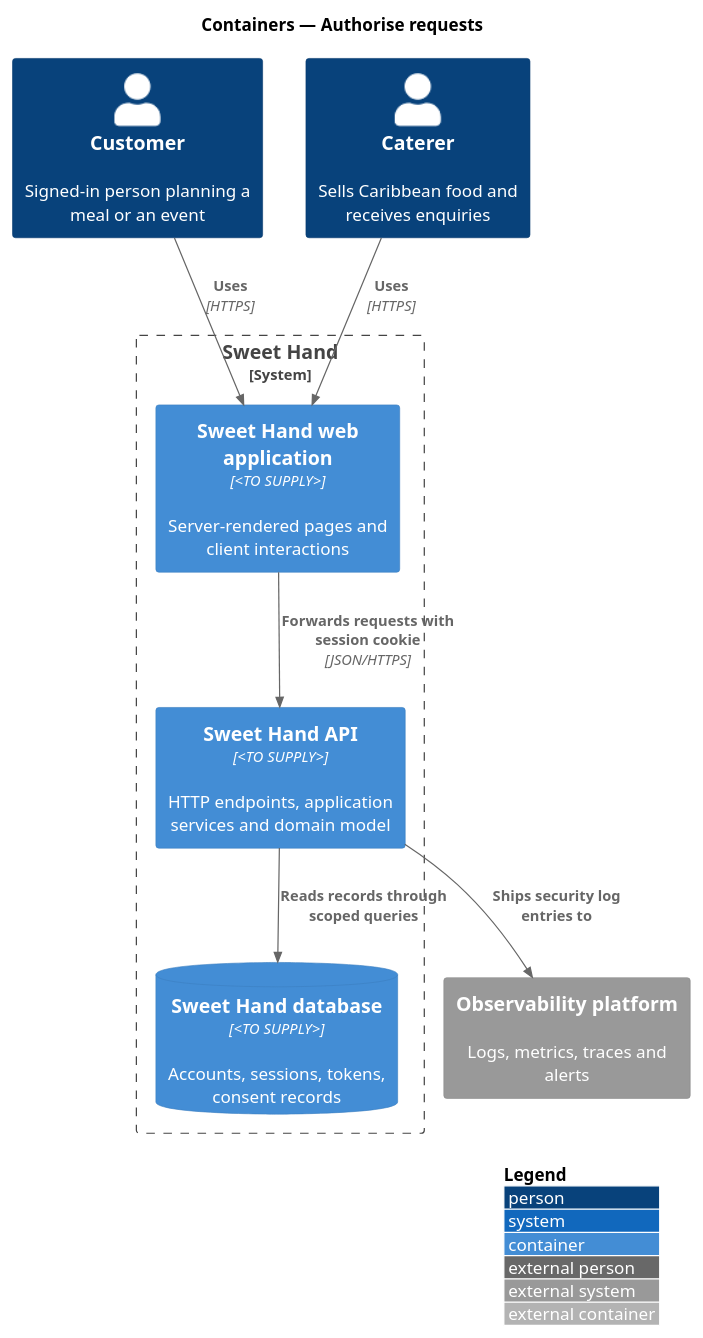
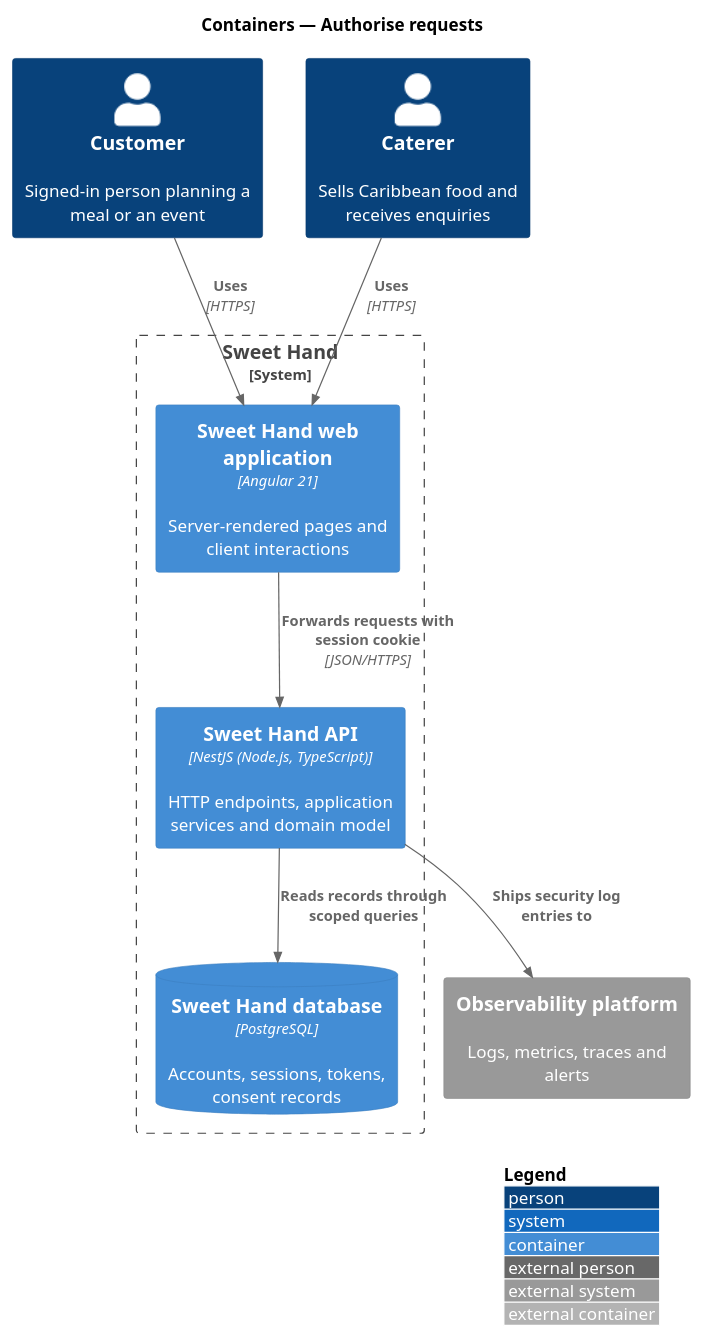
The diagram in docs/detailed-designs/identity-and-security/authorise-requests/diagrams/c4-container.puml (QuinntyneBrown/sweet-hand), drawn with PlantUML before and after one commit. The commit also changed 39 other files, not shown here.

```diff
--- a/docs/detailed-designs/identity-and-security/authorise-requests/diagrams/c4-container.puml
+++ b/docs/detailed-designs/identity-and-security/authorise-requests/diagrams/c4-container.puml
@@ -1,20 +1,20 @@
 @startuml
 !include <C4/C4_Container>
 LAYOUT_WITH_LEGEND()
 title Containers — Authorise requests
 
 Person(customer, "Customer", "Signed-in person planning a meal or an event")
 Person(caterer, "Caterer", "Sells Caribbean food and receives enquiries")
 System_Boundary(sweethand, "Sweet Hand") {
-  Container(web, "Sweet Hand web application", "<TO SUPPLY>", "Server-rendered pages and client interactions")
-  Container(api, "Sweet Hand API", "<TO SUPPLY>", "HTTP endpoints, application services and domain model")
-  ContainerDb(db, "Sweet Hand database", "<TO SUPPLY>", "Accounts, sessions, tokens, consent records")
+  Container(web, "Sweet Hand web application", "Angular 21", "Server-rendered pages and client interactions")
+  Container(api, "Sweet Hand API", "NestJS (Node.js, TypeScript)", "HTTP endpoints, application services and domain model")
+  ContainerDb(db, "Sweet Hand database", "PostgreSQL", "Accounts, sessions, tokens, consent records")
 }
 System_Ext(obs, "Observability platform", "Logs, metrics, traces and alerts")
 
 Rel(customer, web, "Uses", "HTTPS")
 Rel(caterer, web, "Uses", "HTTPS")
 Rel(web, api, "Forwards requests with session cookie", "JSON/HTTPS")
 Rel(api, db, "Reads records through scoped queries")
 Rel(api, obs, "Ships security log entries to")
 @enduml
```
